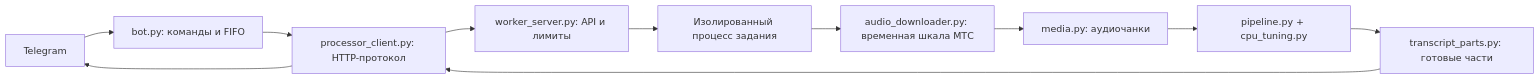
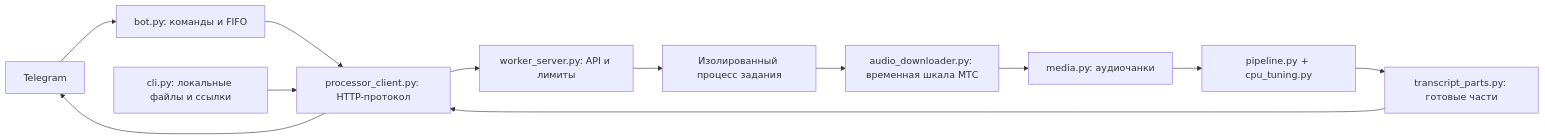
Before and after one commit to Kontarn/speechParser: the diagram in AUDIT.md, drawn with Mermaid. The commit also changed other lines of this file and 11 other files, not shown here.

First line of the commit message:
feat: add CLI client for remote transcription and update server limits

````diff
--- a/AUDIT.md
+++ b/AUDIT.md
@@ -7,13 +7,14 @@
 ```mermaid
 flowchart LR
     TG[Telegram] --> BOT[bot.py: команды и FIFO]
     BOT --> CLIENT[processor_client.py: HTTP-протокол]
+    CLI[cli.py: локальные файлы и ссылки] --> CLIENT
     CLIENT --> API[worker_server.py: API и лимиты]
     API --> JOB[Изолированный процесс задания]
     JOB --> AUDIO[audio_downloader.py: временная шкала МТС]
     AUDIO --> MEDIA[media.py: аудиочанки]
     MEDIA --> MODEL[pipeline.py + cpu_tuning.py]
     MODEL --> PARTS[transcript_parts.py: готовые части]
     PARTS --> CLIENT
     CLIENT --> TG
 ```
````
